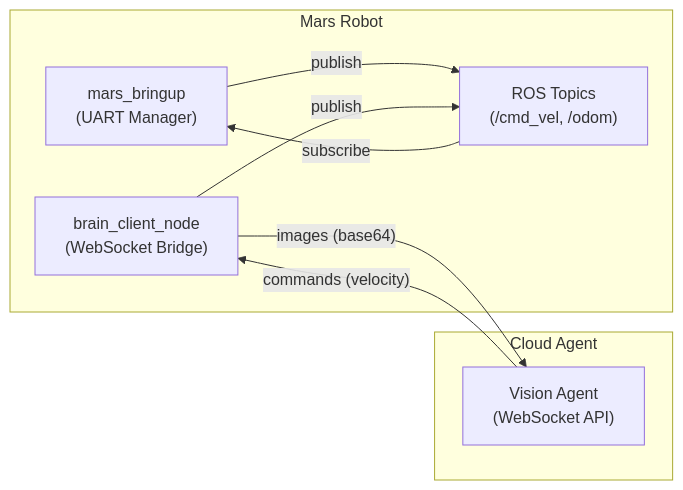
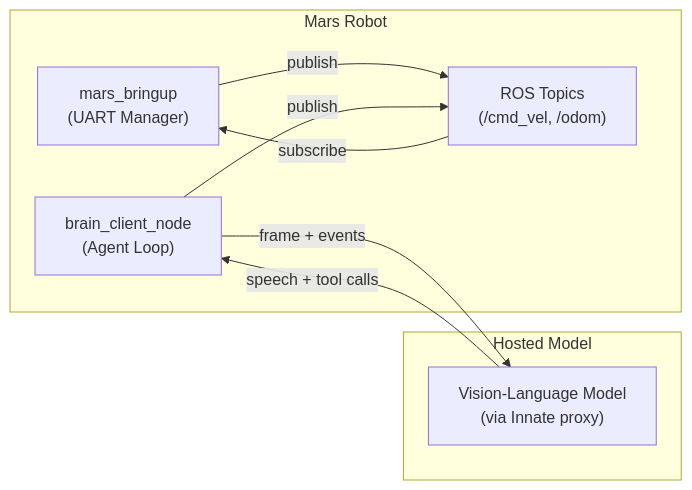
The second of 2 diagrams in docs/SYSTEM_OVERVIEW.md (Hcoder10/innate-os), drawn with Mermaid before and after one commit. The commit also changed other lines of this file and 3 other files, not shown here.

````diff
--- a/docs/SYSTEM_OVERVIEW.md
+++ b/docs/SYSTEM_OVERVIEW.md
@@ -160,23 +153,23 @@
 ```mermaid
 flowchart LR
     subgraph "Mars Robot"
         A["mars_bringup
         (UART Manager)"]
         B["brain_client_node
-        (WebSocket Bridge)"]
+        (Agent Loop)"]
         C["ROS Topics
         (/cmd_vel, /odom)"]
         
         A -->|publish| C
         C -->|subscribe| A
         B -->|publish| C
     end
 
-    subgraph "Cloud Agent"
-        D["Vision Agent
-        (WebSocket API)"]
+    subgraph "Hosted Model"
+        D["Vision-Language Model
+        (via Innate proxy)"]
     end
     
-    B -->|"images (base64)"| D
-    D -->|"commands (velocity)"| B
+    B -->|"frame + events"| D
+    D -->|"speech + tool calls"| B
 ```
````
